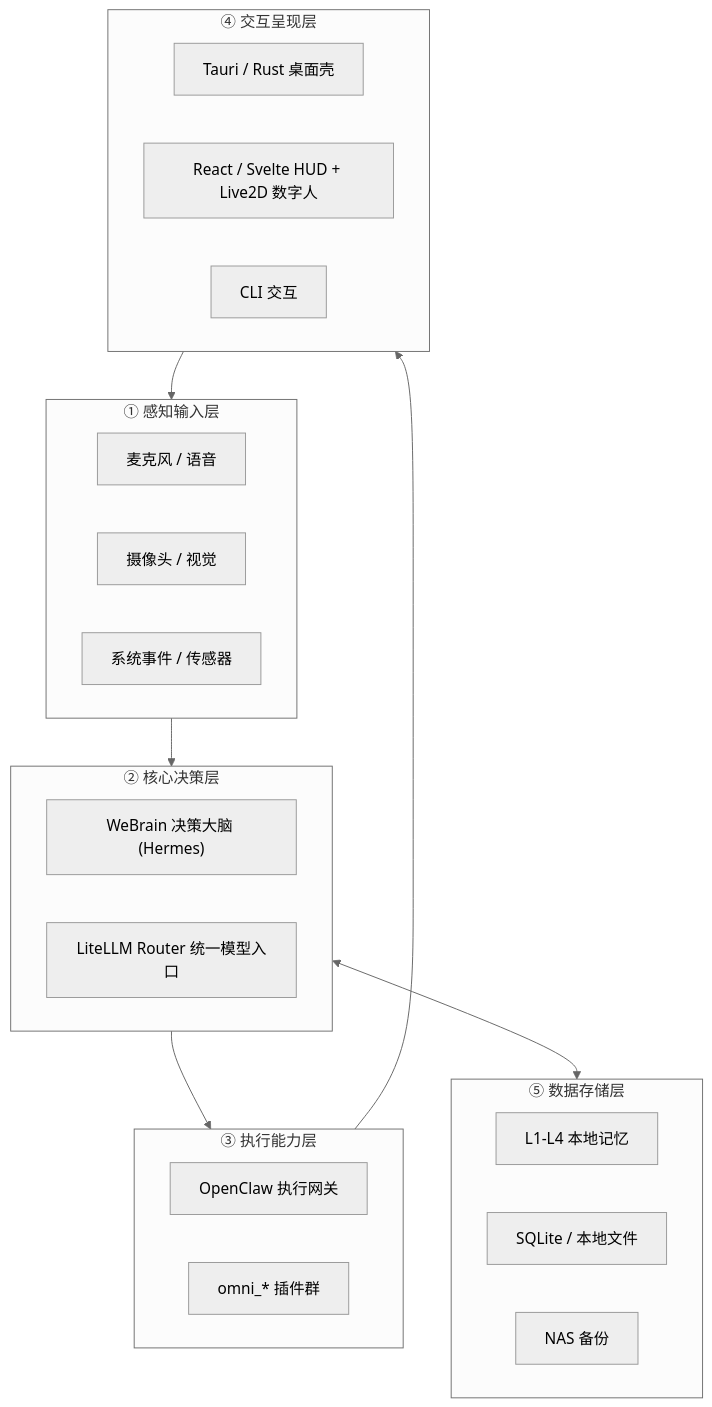
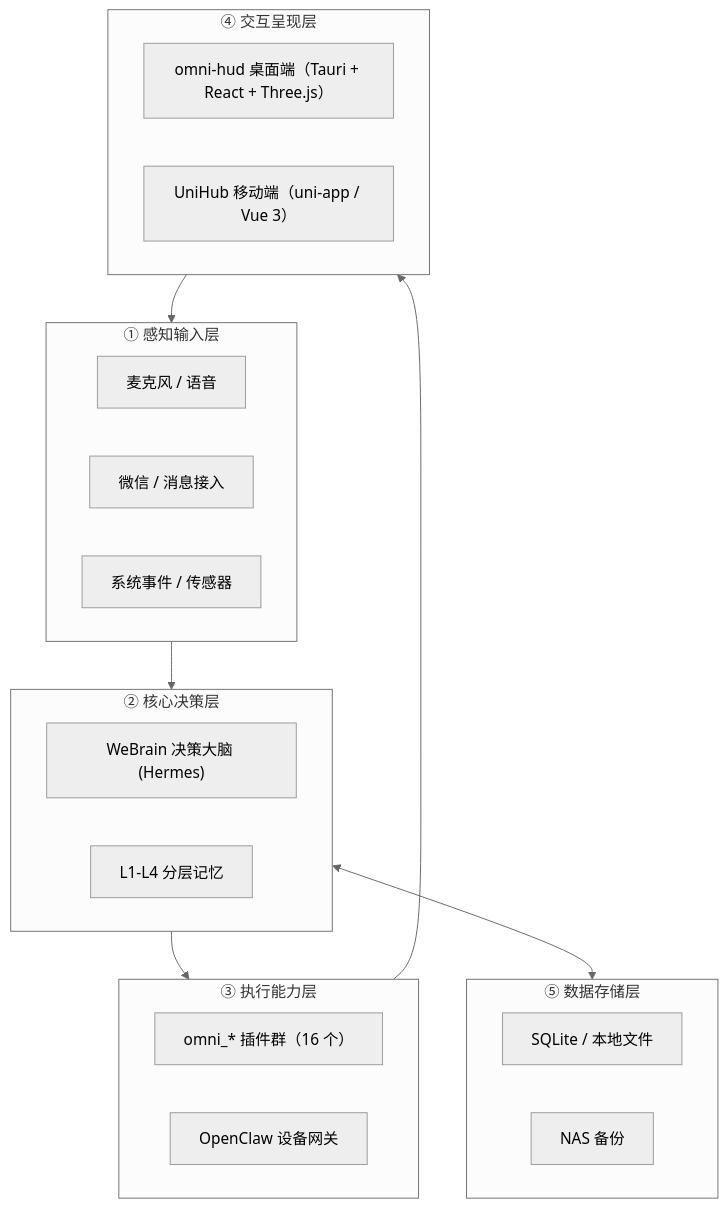
Before and after one commit to zhwangsir/AI-Omni: the diagram in README.md, drawn with Mermaid (neutral theme). The commit also changed other lines of this file and 224 other files, not shown here.

````diff
--- a/README.md
+++ b/README.md
@@ -15,31 +17,29 @@
 ```mermaid
 flowchart TB
     subgraph L1["① 感知输入层"]
         MIC["麦克风 / 语音"]
-        CAM["摄像头 / 视觉"]
+        MSG["微信 / 消息接入"]
         SEN["系统事件 / 传感器"]
     end
     subgraph L2["② 核心决策层"]
         WB["WeBrain 决策大脑 (Hermes)"]
-        RT["LiteLLM Router 统一模型入口"]
+        MEM["L1-L4 分层记忆"]
     end
     subgraph L3["③ 执行能力层"]
-        OC["OpenClaw 执行网关"]
-        PLG["omni_* 插件群"]
+        PLG["omni_* 插件群（16 个）"]
+        OC["OpenClaw 设备网关"]
     end
     subgraph L4["④ 交互呈现层"]
-        TAURI["Tauri / Rust 桌面壳"]
-        HUD["React / Svelte HUD + Live2D 数字人"]
-        CLI["CLI 交互"]
+        HUD["omni-hud 桌面端（Tauri + React + Three.js）"]
+        UNI["UniHub 移动端（uni-app / Vue 3）"]
     end
     subgraph L5["⑤ 数据存储层"]
-        MEM["L1-L4 本地记忆"]
         DB["SQLite / 本地文件"]
         NASD["NAS 备份"]
     end
     L1 --> L2
     L2 --> L3
     L3 --> L4
     L2 <--> L5
     L4 --> L1
 ```
````
